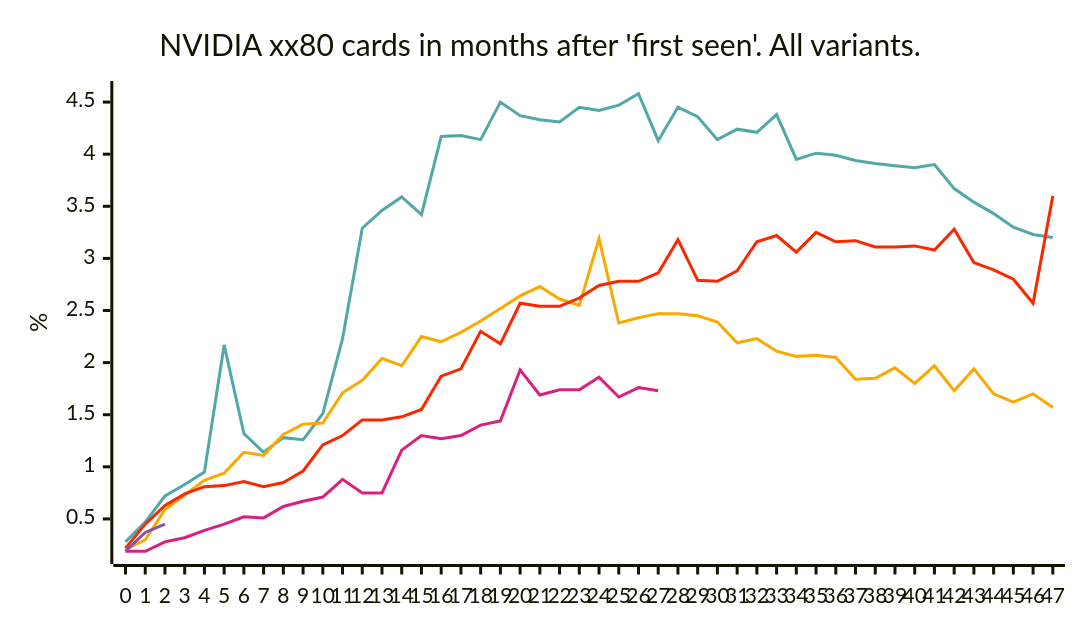
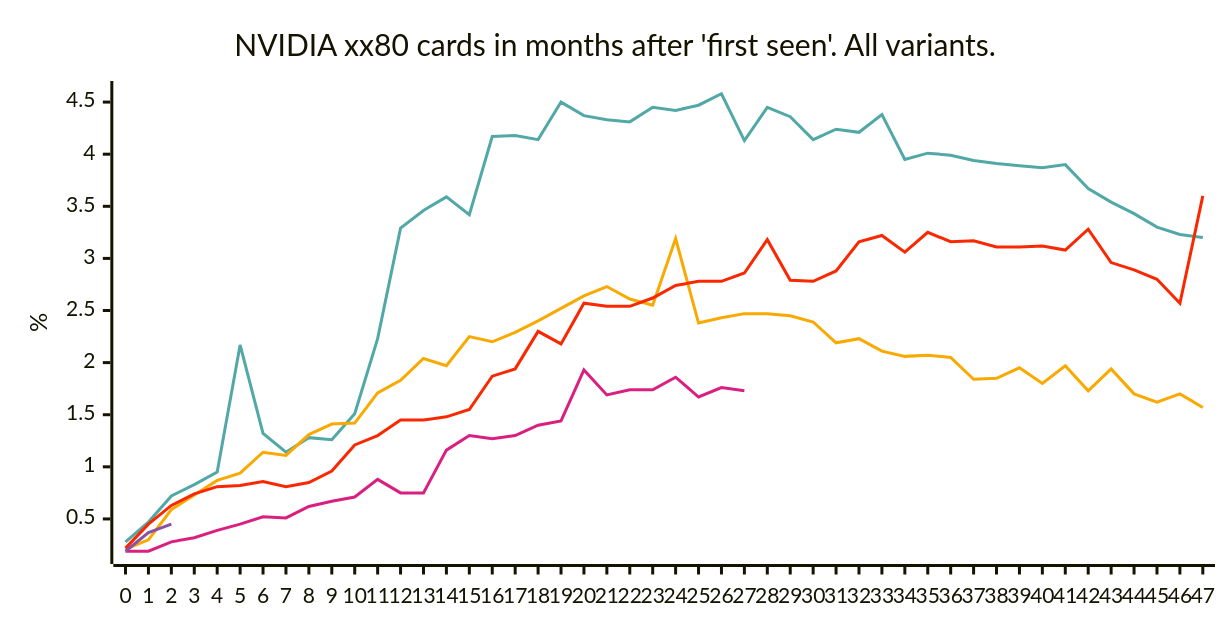
The second of 4 diagrams in README.md (jdegene/birch-mapping), drawn with Mermaid before and after one commit. The commit also changed other lines of this file, not shown here.

````diff
--- a/README.md
+++ b/README.md
@@ -40,24 +40,24 @@
 ```mermaid
 ---
 config:
     xyChart:
-        width: 700
+        width: 800
         height: 400
         
     themeVariables:
         xyChart:
             plotColorPalette: "#51a8a6,#f9a900,#f92800,#d92080,#8a52a6"
 
 --- 
 
 
 xychart-beta
     title "NVIDIA xx80 cards in months after 'first seen'. All variants."
     x-axis[0, 1, 2, 3, 4, 5, 6, 7, 8, 9, 10, 11, 12, 13, 14, 15, 16, 17, 18, 19, 20, 21, 22, 23, 24, 25, 26, 27, 28, 29, 30, 31, 32, 33, 34, 35, 36, 37, 38, 39, 40, 41, 42, 43, 44, 45, 46, 47]
     y-axis "%" 
     line [0.27999999999999997, 0.47000000000000003, 0.72, 0.83, 0.95, 2.17, 1.32, 1.1400000000000001, 1.2799999999999998, 1.26, 1.5099999999999998, 2.23, 3.29, 3.46, 3.5900000000000003, 3.42, 4.17, 4.180000000000001, 4.14, 4.5, 4.37, 4.33, 4.31, 4.45, 4.42, 4.470000000000001, 4.58, 4.130000000000001, 4.45, 4.36, 4.14, 4.24, 4.21, 4.38, 3.95, 4.01, 3.9899999999999998, 3.94, 3.91, 3.8899999999999997, 3.8699999999999997, 3.9, 3.6699999999999995, 3.54, 3.4300000000000006, 3.3000000000000003, 3.2299999999999995, 3.2]
     line [0.21, 0.3, 0.59, 0.7299999999999999, 0.8699999999999999, 0.9400000000000001, 1.1400000000000001, 1.1099999999999999, 1.31, 1.41, 1.4200000000000002, 1.71, 1.83, 2.04, 1.97, 2.25, 2.1999999999999997, 2.29, 2.4, 2.52, 2.64, 2.73, 2.6100000000000003, 2.5500000000000003, 3.19, 2.3800000000000003, 2.43, 2.4699999999999998, 2.4699999999999998, 2.45, 2.3899999999999997, 2.19, 2.23, 2.11, 2.06, 2.07, 2.0500000000000003, 1.8399999999999999, 1.8499999999999999, 1.95, 1.7999999999999998, 1.97, 1.73, 1.94, 1.7000000000000002, 1.6199999999999999, 1.7000000000000002, 1.5699999999999998]
     line [0.22, 0.44999999999999996, 0.63, 0.74, 0.8099999999999999, 0.8200000000000001, 0.86, 0.8099999999999999, 0.8500000000000001, 0.96, 1.21, 1.3, 1.4500000000000002, 1.45, 1.48, 1.55, 1.87, 1.94, 2.3, 2.18, 2.5700000000000003, 2.54, 2.54, 2.62, 2.74, 2.78, 2.78, 2.86, 3.18, 2.79, 2.78, 2.88, 3.16, 3.2199999999999998, 3.06, 3.25, 3.16, 3.17, 3.1100000000000003, 3.11, 3.12, 3.08, 3.2800000000000002, 2.96, 2.89, 2.8000000000000003, 2.5700000000000003, 3.6000000000000005]
     line [0.19, 0.19, 0.27999999999999997, 0.32, 0.38999999999999996, 0.44999999999999996, 0.52, 0.51, 0.62, 0.67, 0.7100000000000001, 0.88, 0.75, 0.75, 1.16, 1.3, 1.27, 1.3, 1.4000000000000001, 1.44, 1.9299999999999997, 1.69, 1.7399999999999998, 1.7399999999999998, 1.8599999999999999, 1.67, 1.7599999999999998, 1.73]
     line [0.19, 0.37, 0.44999999999999996]
 ``` 
````
